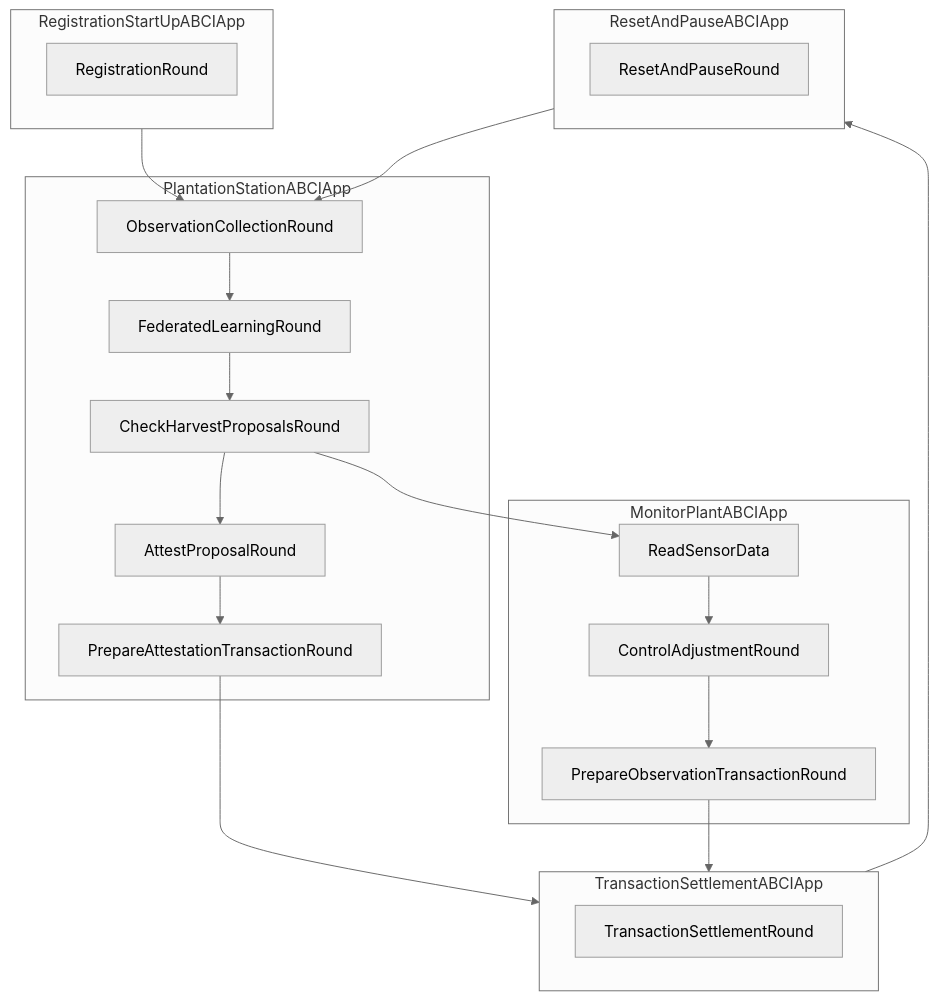
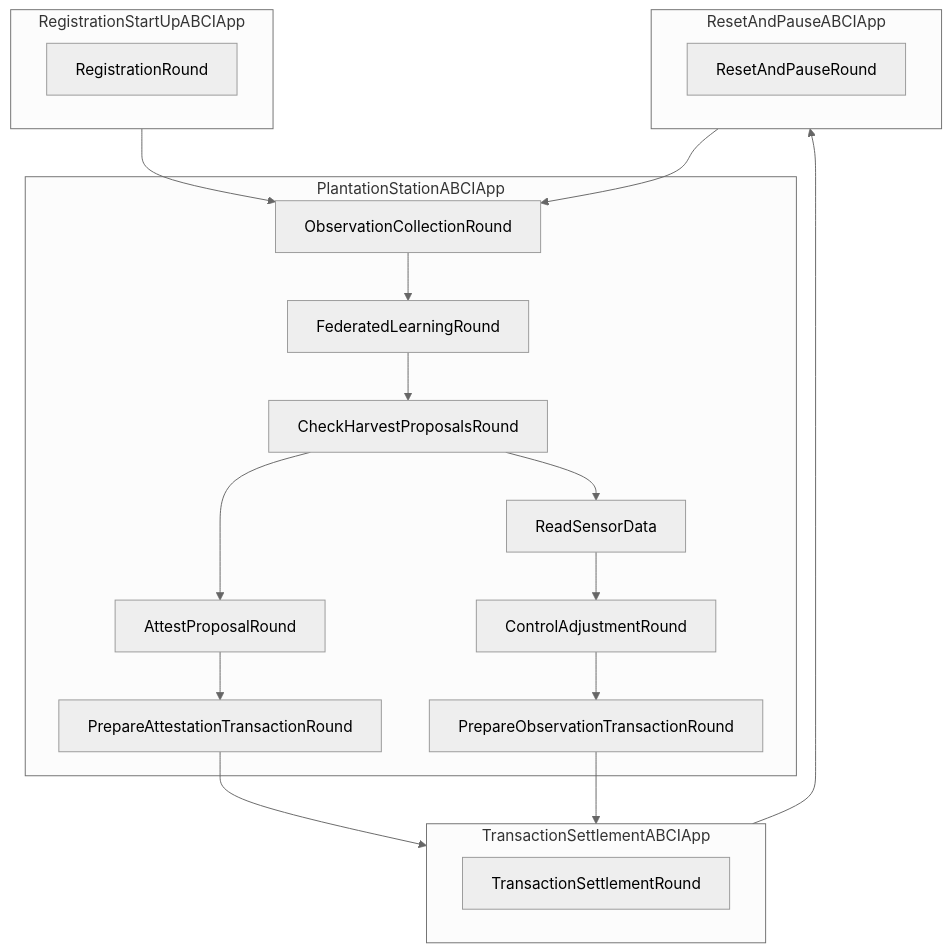
The diagram in docs/abci_app.md (8ball030/plantation_station), drawn with Mermaid (neutral theme) before and after one commit. The commit also changed other lines of this file, not shown here.

Commit message:
docs: merge ABCI Apps

````diff
--- a/docs/abci_app.md
+++ b/docs/abci_app.md
@@ -5,34 +5,31 @@
 ```mermaid
 graph TB
 
     subgraph "RegistrationStartUpABCIApp"
        RegistrationRound
     end
 
     subgraph "PlantationStationABCIApp"
         ObservationCollectionRound --> FederatedLearningRound
         FederatedLearningRound --> CheckHarvestProposalsRound
         CheckHarvestProposalsRound --> AttestProposalRound
         AttestProposalRound --> PrepareAttestationTransactionRound
-    end
-    
-    subgraph "MonitorPlantABCIApp"
         CheckHarvestProposalsRound --> ReadSensorData
         ReadSensorData --> ControlAdjustmentRound
         ControlAdjustmentRound --> PrepareObservationTransactionRound
     end
 
     subgraph "TransactionSettlementABCIApp"
        TransactionSettlementRound
     end
     
     subgraph "ResetAndPauseABCIApp"
        ResetAndPauseRound
     end
    
     RegistrationStartUpABCIApp --> ObservationCollectionRound
     PrepareAttestationTransactionRound --> TransactionSettlementABCIApp
     PrepareObservationTransactionRound --> TransactionSettlementABCIApp
     TransactionSettlementABCIApp --> ResetAndPauseABCIApp
     ResetAndPauseABCIApp --> ObservationCollectionRound
 ```
````
